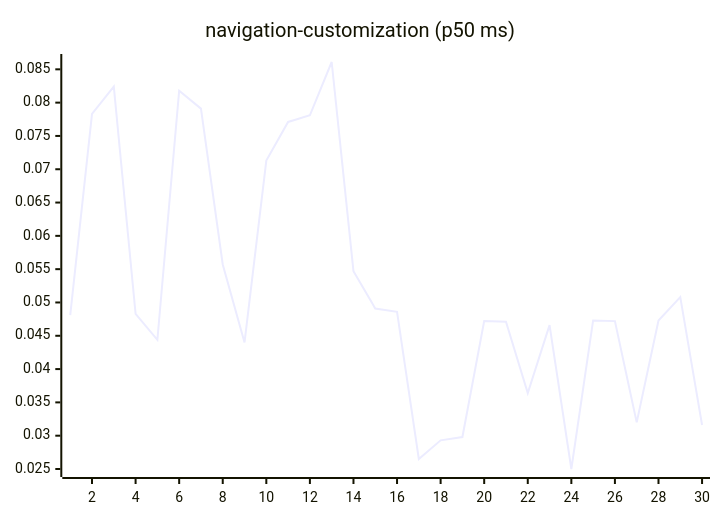
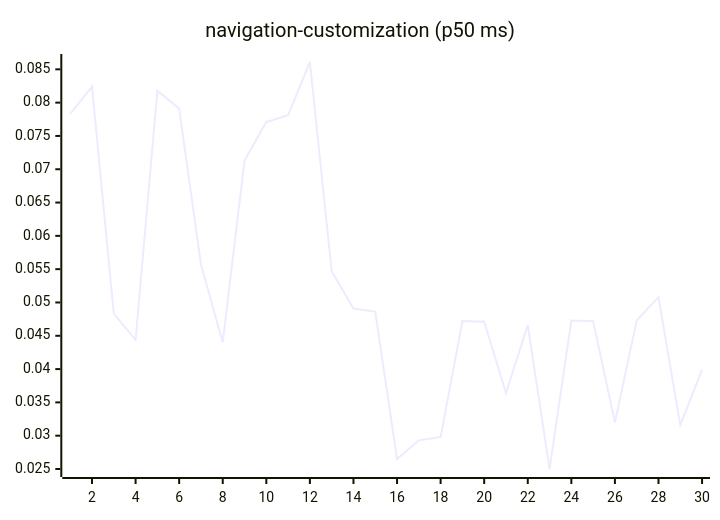
Before and after one commit to josha/Facet: diagram 15 of 27 in README.md, drawn with Mermaid. The commit also changed other lines of this file and 2 other files, not shown here.

````diff
--- a/README.md
+++ b/README.md
@@ -161,6 +161,6 @@
 ```mermaid
 xychart-beta
     title "navigation-customization (p50 ms)"
     x-axis 1 --> 30
-    line [0.0481, 0.0783, 0.0824, 0.0483, 0.0444, 0.0818, 0.0791, 0.0557, 0.0440, 0.0713, 0.0771, 0.0781, 0.0861, 0.0547, 0.0491, 0.0486, 0.0265, 0.0293, 0.0298, 0.0472, 0.0471, 0.0364, 0.0466, 0.0250, 0.0473, 0.0472, 0.0320, 0.0473, 0.0508, 0.0316]
+    line [0.0783, 0.0824, 0.0483, 0.0444, 0.0818, 0.0791, 0.0557, 0.0440, 0.0713, 0.0771, 0.0781, 0.0861, 0.0547, 0.0491, 0.0486, 0.0265, 0.0293, 0.0298, 0.0472, 0.0471, 0.0364, 0.0466, 0.0250, 0.0473, 0.0472, 0.0320, 0.0473, 0.0508, 0.0316, 0.0399]
 ```
````
